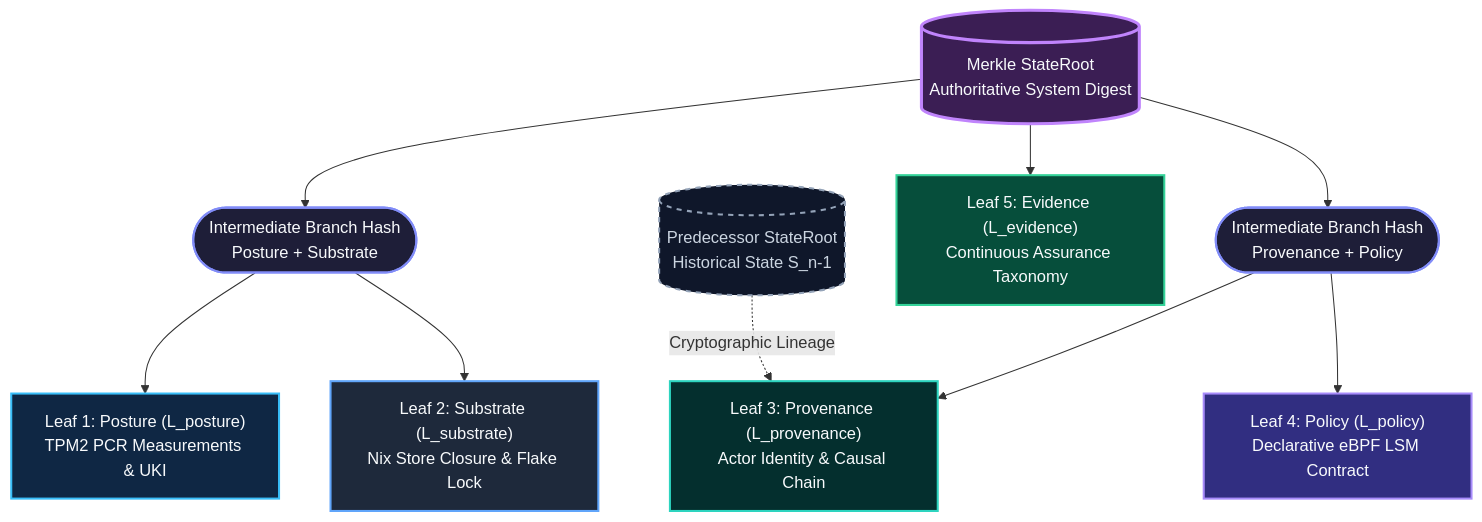
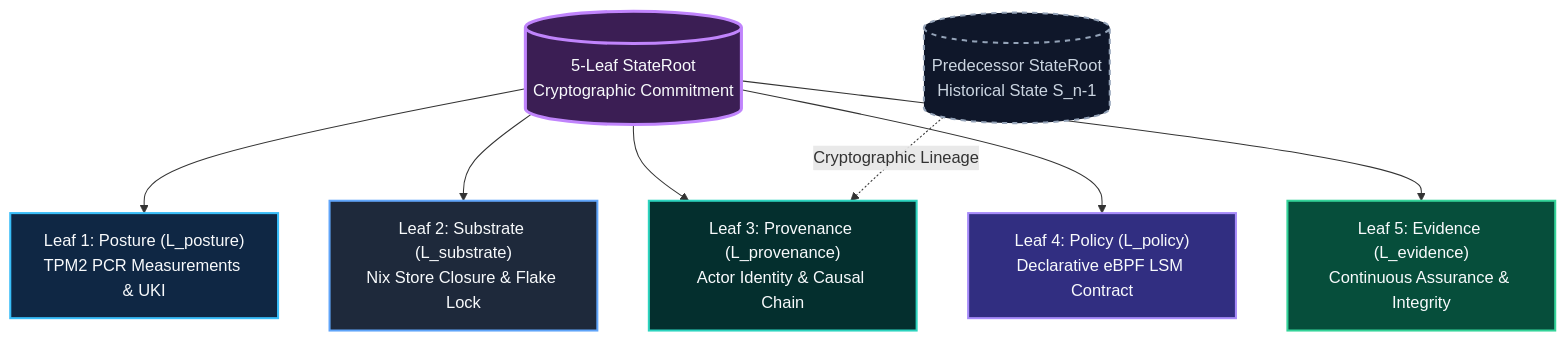
Before and after one commit to adamriofc/NeuronixOS: the fourth of 5 diagrams in README.md, drawn with Mermaid. The commit also changed other lines of this file and 9 other files, not shown here.

````diff
--- a/README.md
+++ b/README.md
@@ -889,28 +889,20 @@
 ```mermaid
 flowchart TD
-    ROOT[("Merkle StateRoot<br>Authoritative System Digest")]:::rootNode
+    ROOT[("5-Leaf StateRoot<br>Cryptographic Commitment")]:::rootNode
     
-    H1(["Intermediate Branch Hash<br>Posture + Substrate"]):::branchNode
-    H2(["Intermediate Branch Hash<br>Provenance + Policy"]):::branchNode
-    
-    ROOT --> H1
-    ROOT --> H2
-    ROOT --> L5["Leaf 5: Evidence (L_evidence)<br>Continuous Assurance Taxonomy"]:::leafEvidence
-    
-    H1 --> L1["Leaf 1: Posture (L_posture)<br>TPM2 PCR Measurements & UKI"]:::leafPosture
-    H1 --> L2["Leaf 2: Substrate (L_substrate)<br>Nix Store Closure & Flake Lock"]:::leafSubstrate
-    
-    H2 --> L3["Leaf 3: Provenance (L_provenance)<br>Actor Identity & Causal Chain"]:::leafProvenance
-    H2 --> L4["Leaf 4: Policy (L_policy)<br>Declarative eBPF LSM Contract"]:::leafPolicy
+    ROOT --> L1["Leaf 1: Posture (L_posture)<br>TPM2 PCR Measurements & UKI"]:::leafPosture
+    ROOT --> L2["Leaf 2: Substrate (L_substrate)<br>Nix Store Closure & Flake Lock"]:::leafSubstrate
+    ROOT --> L3["Leaf 3: Provenance (L_provenance)<br>Actor Identity & Causal Chain"]:::leafProvenance
+    ROOT --> L4["Leaf 4: Policy (L_policy)<br>Declarative eBPF LSM Contract"]:::leafPolicy
+    ROOT --> L5["Leaf 5: Evidence (L_evidence)<br>Continuous Assurance & Integrity"]:::leafEvidence
 
     CHAIN[("Predecessor StateRoot<br>Historical State S_n-1")]:::chainNode -.->|"Cryptographic Lineage"| L3
 
     classDef rootNode fill:#3b1e54,stroke:#c084fc,stroke-width:3px,color:#f8fafc;
-    classDef branchNode fill:#1e1e38,stroke:#818cf8,stroke-width:2px,color:#f8fafc;
     classDef leafPosture fill:#0f2744,stroke:#38bdf8,stroke-width:2px,color:#f8fafc;
     classDef leafSubstrate fill:#1e293b,stroke:#60a5fa,stroke-width:2px,color:#f8fafc;
     classDef leafProvenance fill:#042f2e,stroke:#2dd4bf,stroke-width:2px,color:#f8fafc;
     classDef leafPolicy fill:#312e81,stroke:#a78bfa,stroke-width:2px,color:#f8fafc;
     classDef leafEvidence fill:#064e3b,stroke:#34d399,stroke-width:2px,color:#f8fafc;
     classDef chainNode fill:#0f172a,stroke:#94a3b8,stroke-dasharray: 5 5,stroke-width:2px,color:#cbd5e1;
 ```
````
